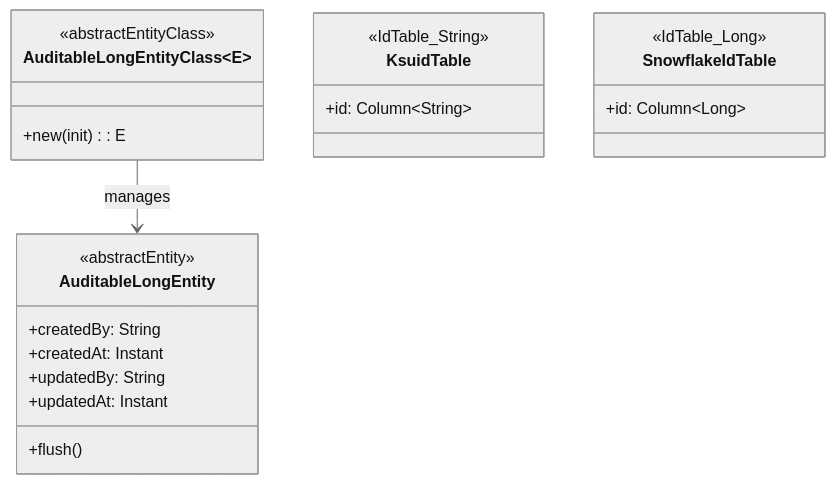
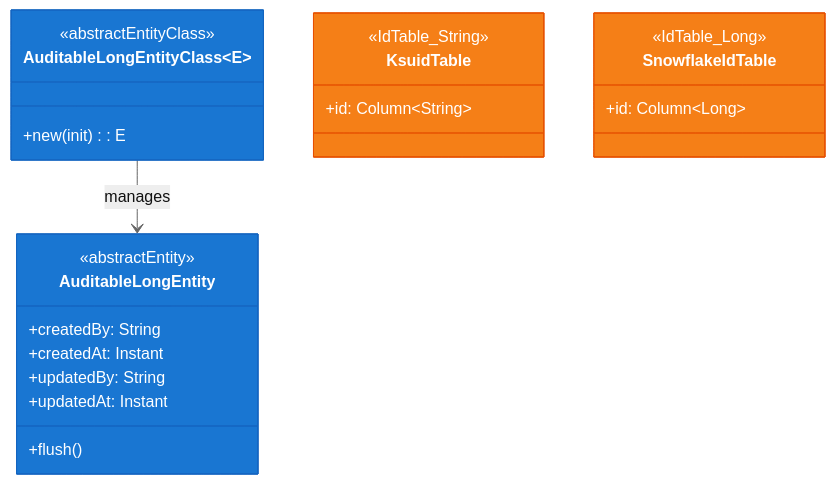
One commit to bluetape4k/bluetape4k-projects changed the first of 4 diagrams in data/exposed-dao/README.ko.md. Above: the diagram before and after it, drawn with Mermaid (neutral theme). The commit also changed other lines of this file and 221 other files, not shown here.

First line of the commit message:
docs: 전체 모듈 README UML 다이어그램 보강 및 색상 업그레이드

````diff
--- a/data/exposed-dao/README.ko.md
+++ b/data/exposed-dao/README.ko.md
@@ -229,26 +229,30 @@
 ```mermaid
 classDiagram
     direction TB
     class AuditableLongEntity {
         <<abstractEntity>>
         +createdBy: String
         +createdAt: Instant
         +updatedBy: String
         +updatedAt: Instant
         +flush()
     }
     class AuditableLongEntityClass~E~ {
         <<abstractEntityClass>>
         +new(init): E
     }
     class KsuidTable {
         <<IdTable_String>>
         +id: Column~String~
     }
     class SnowflakeIdTable {
         <<IdTable_Long>>
         +id: Column~Long~
     }
     AuditableLongEntityClass --> AuditableLongEntity : manages
 
+    style AuditableLongEntity fill:#1976D2,stroke:#1565C0,color:#FFFFFF
+    style AuditableLongEntityClass fill:#1976D2,stroke:#1565C0,color:#FFFFFF
+    style KsuidTable fill:#F57F17,stroke:#E65100,color:#FFFFFF
+    style SnowflakeIdTable fill:#F57F17,stroke:#E65100,color:#FFFFFF
 ```
````
